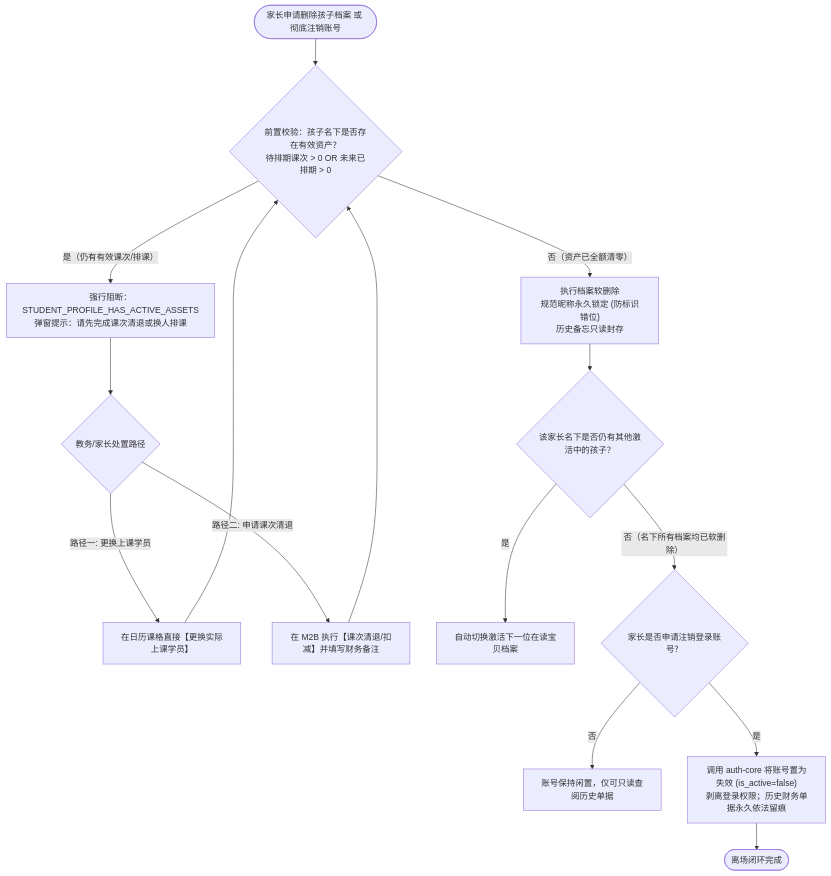
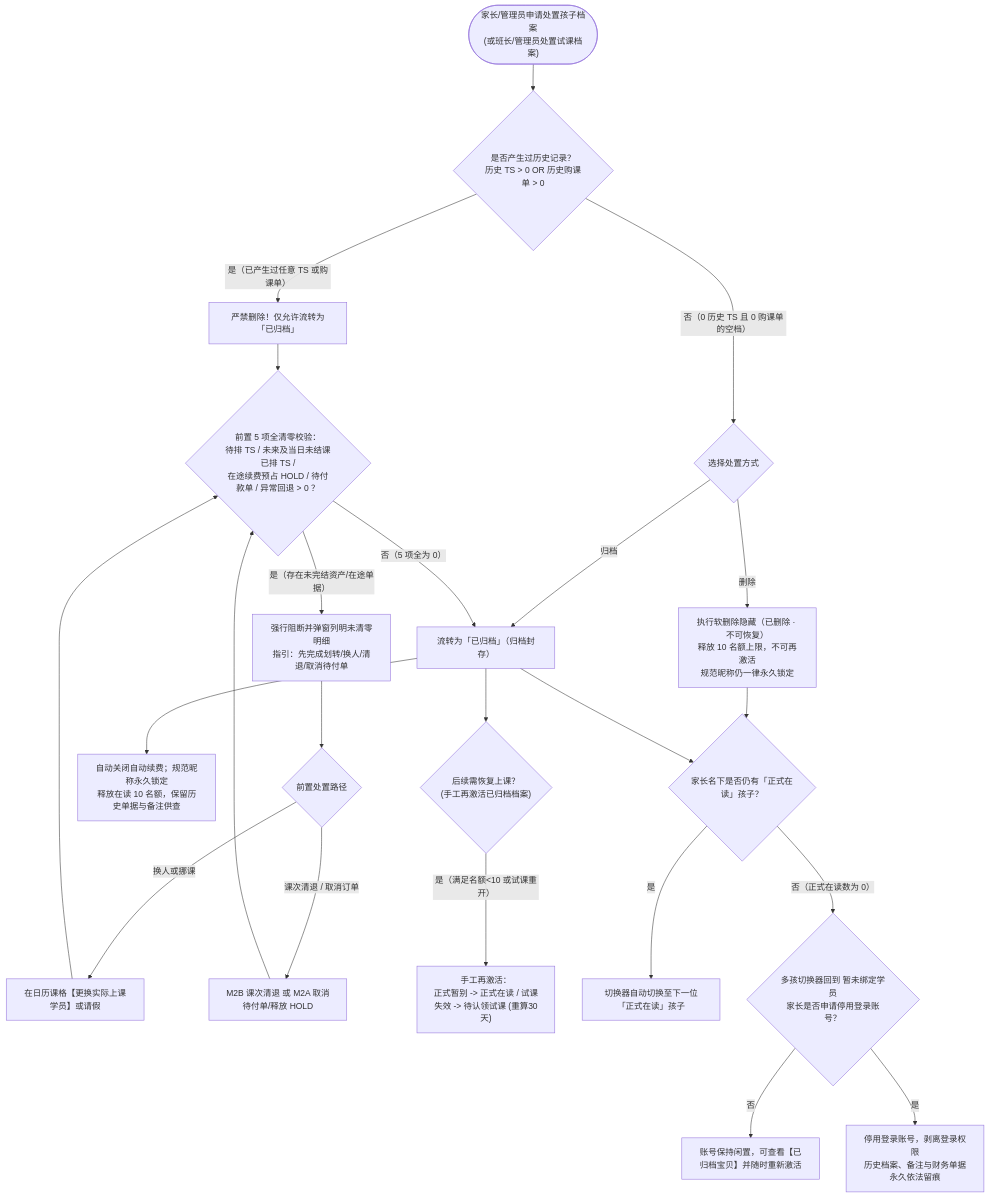
One commit to Onezao/dream changed the fourth of 6 diagrams in docs/prd/m1a_student_profile.md. Above: the diagram before and after it, drawn with Mermaid. The commit also changed other lines of this file and 38 other files, not shown here.

````diff
--- a/docs/prd/m1a_student_profile.md
+++ b/docs/prd/m1a_student_profile.md
@@ -123,21 +127,30 @@
 ```mermaid
 flowchart TD
-    ExitStart(["家长申请删除孩子档案 或 彻底注销账号"]) --> CheckAssets{"前置校验：孩子名下是否存在有效资产？\n待排期课次 > 0 OR 未来已排期 > 0"}
-    
-    CheckAssets -->|"是（仍有有效课次/排课）"| BlockDel["强行阻断：STUDENT_PROFILE_HAS_ACTIVE_ASSETS\n弹窗提示：请先完成课次清退或换人排课"]
-    BlockDel --> ActionPath{"教务/家长处置路径"}
-    ActionPath -->|"路径一: 更换上课学员"| TransferSibling["在日历课格直接【更换实际上课学员】"]
-    ActionPath -->|"路径二: 申请课次清退"| RefundAll["在 M2B 执行【课次清退/扣减】并填写财务备注"]
-    
+    ExitStart(["家长/管理员申请处置孩子档案<br/>(或班长/管理员处置试课档案)"]) --> CheckHistory{"是否产生过历史记录？<br/>历史 TS > 0 OR 历史购课单 > 0"}
+
+    CheckHistory -->|"否（0 历史 TS 且 0 购课单的空档）"| EmptyAction{"选择处置方式"}
+    EmptyAction -->|"删除"| DeleteEmpty["执行软删除隐藏（已删除 · 不可恢复）<br/>释放 10 名额上限，不可再激活<br/>规范昵称仍一律永久锁定"]
+    EmptyAction -->|"归档"| ArchiveSuccess["流转为「已归档」（归档封存）"]
+
+    CheckHistory -->|"是（已产生过任意 TS 或购课单）"| ForbidDel["严禁删除！仅允许流转为「已归档」"]
+    ForbidDel --> CheckAssets{"前置 5 项全清零校验：<br/>待排 TS / 未来及当日未结课已排 TS /<br/>在途续费预占 HOLD / 待付款单 / 异常回退 > 0 ？"}
+
+    CheckAssets -->|"是（存在未完结资产/在途单据）"| BlockArch["强行阻断并弹窗列明未清零明细<br/>指引：先完成划转/换人/清退/取消待付单"]
+    BlockArch --> ActionPath{"前置处置路径"}
+    ActionPath -->|"换人或挪课"| TransferSibling["在日历课格【更换实际上课学员】或请假"]
+    ActionPath -->|"课次清退 / 取消订单"| RefundAll["M2B 课次清退 或 M2A 取消待付单/释放 HOLD"]
     TransferSibling & RefundAll --> CheckAssets
-    
-    CheckAssets -->|"否（资产已全额清零）"| SoftDelProfile["执行档案软删除\n规范昵称永久锁定 (防标识错位)\n历史备忘只读封存"]
-    
-    SoftDelProfile --> CheckAllChildren{"该家长名下是否仍有其他激活中的孩子？"}
-    CheckAllChildren -->|"是"| SwitchNext["自动切换激活下一位在读宝贝档案"]
-    CheckAllChildren -->|"否（名下所有档案均已软删除）"| AllowAccountClose{"家长是否申请注销登录账号？"}
-    
-    AllowAccountClose -->|"否"| IdleState["账号保持闲置，仅可只读查阅历史单据"]
-    AllowAccountClose -->|"是"| DisableAccount["调用 auth-core 将账号置为失效 (is_active=false)\n剥离登录权限；历史财务单据永久依法留痕"]
-    DisableAccount --> DoneExit(["离场闭环完成"])
+
+    CheckAssets -->|"否（5 项全为 0）"| ArchiveSuccess
+    ArchiveSuccess --> AutoOff["自动关闭自动续费；规范昵称永久锁定<br/>释放在读 10 名额，保留历史单据与备注供查"]
+
+    ArchiveSuccess --> ReactivateBranch{"后续需恢复上课？<br/>(手工再激活已归档档案)"}
+    ReactivateBranch -->|"是（满足名额<10 或试课重开）"| ManualReactivate["手工再激活：<br/>正式暂别 -> 正式在读 / 试课失效 -> 待认领试课 (重算30天)"]
+
+    DeleteEmpty & ArchiveSuccess --> CheckAllChildren{"家长名下是否仍有「正式在读」孩子？"}
+    CheckAllChildren -->|"是"| SwitchNext["切换器自动切换至下一位「正式在读」孩子"]
+    CheckAllChildren -->|"否（正式在读数为 0）"| ColdOrClose{"多孩切换器回到 暂未绑定学员<br/>家长是否申请停用登录账号？"}
+
+    ColdOrClose -->|"否"| IdleState["账号保持闲置，可查看【已归档宝贝】并随时重新激活"]
+    ColdOrClose -->|"是"| DisableAccount["停用登录账号，剥离登录权限<br/>历史档案、备注与财务单据永久依法留痕"]
 ```
````
